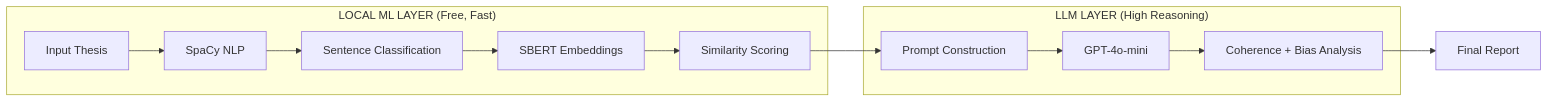
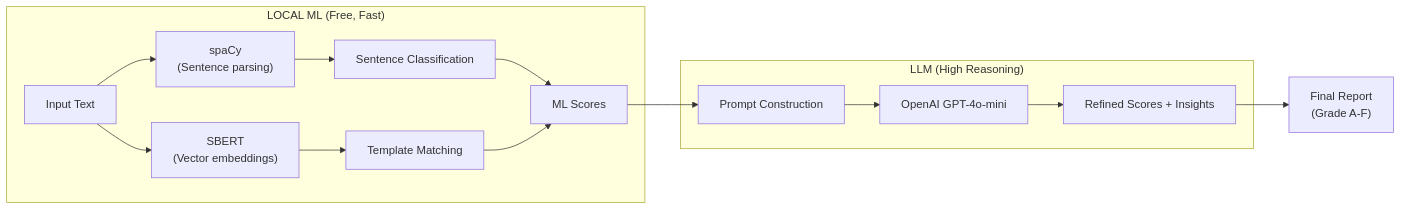
Before and after one commit to shilpgohil/Content_moderation_for_Thesis: the second of 3 diagrams in DOCUMENTATION.md, drawn with Mermaid. The commit also changed other lines of this file and 1 other file, not shown here.

````diff
--- a/DOCUMENTATION.md
+++ b/DOCUMENTATION.md
@@ -218,17 +160,19 @@
 ```mermaid
 graph LR
-    subgraph "LOCAL ML LAYER (Free, Fast)"
-        A[Input Thesis] --> B[SpaCy NLP]
-        B --> C[Sentence Classification]
-        C --> D[SBERT Embeddings]
-        D --> E[Similarity Scoring]
+    subgraph "LOCAL ML (Free, Fast)"
+        A["Input Text"] --> B["spaCy<br/>(Sentence parsing)"]
+        A --> C["SBERT<br/>(Vector embeddings)"]
+        B --> D["Sentence Classification"]
+        C --> E["Template Matching"]
+        D --> F["ML Scores"]
+        E --> F
     end
-    
-    subgraph "LLM LAYER (High Reasoning)"
-        E --> F[Prompt Construction]
-        F --> G[GPT-4o-mini]
-        G --> H[Coherence + Bias Analysis]
+
+    subgraph "LLM (High Reasoning)"
+        F --> G["Prompt Construction"]
+        G --> H["OpenAI GPT-4o-mini"]
+        H --> I["Refined Scores + Insights"]
     end
-    
-    H --> I[Final Report]
+
+    I --> J["Final Report<br/>(Grade A-F)"]
 ```
````
